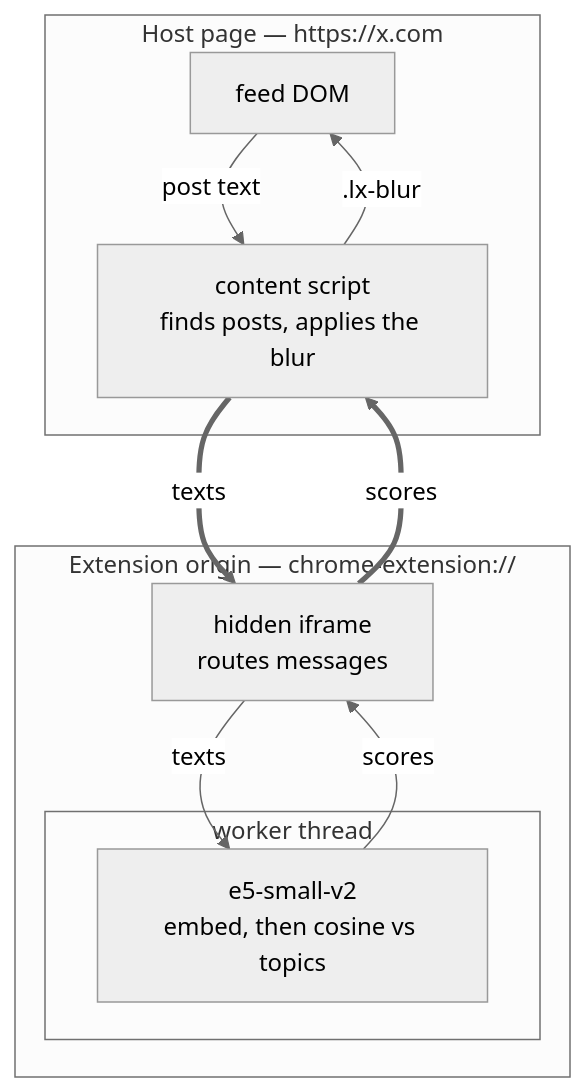
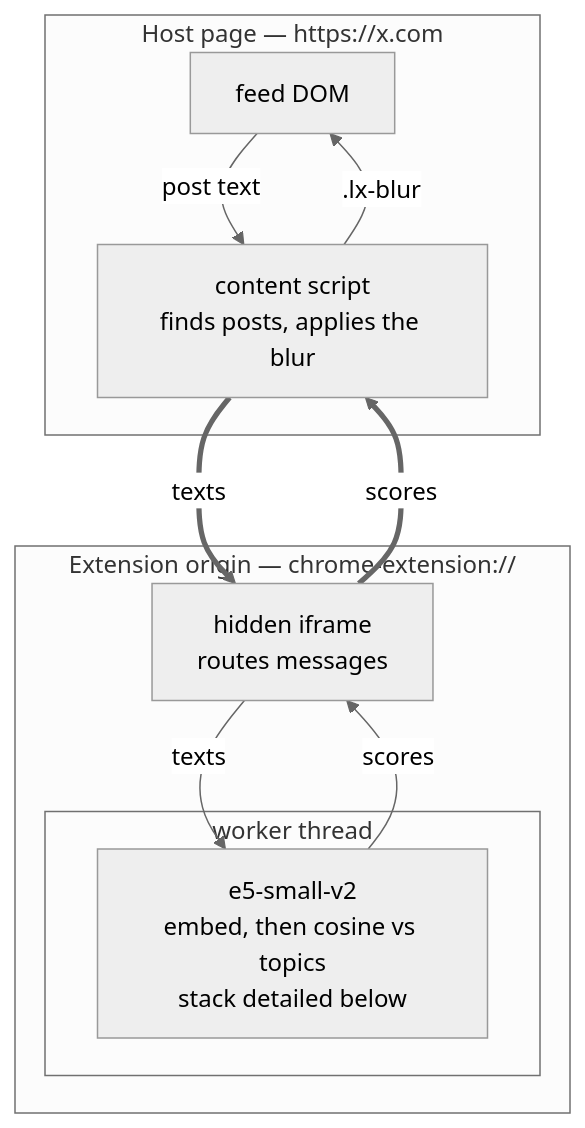
One commit to dephelion/ufeed changed the first of 2 diagrams in README.md. Above: the diagram before and after it, drawn with Mermaid (neutral theme). The commit also changed other lines of this file and 3 other files, not shown here.

````diff
--- a/README.md
+++ b/README.md
@@ -130,21 +134,21 @@
 ```mermaid
 flowchart TB
   subgraph host["Host page — https://x.com"]
     dom["feed DOM"]
     cs["content script<br/>finds posts, applies the blur"]
     dom -- "post text" --> cs
     cs -- ".lx-blur" --> dom
   end
 
   subgraph ext["Extension origin — chrome-extension://"]
     frame["hidden iframe<br/>routes messages"]
     subgraph thr["worker thread"]
-      wk["e5-small-v2<br/>embed, then cosine vs topics"]
+      wk["e5-small-v2<br/>embed, then cosine vs topics<br/>stack detailed below"]
     end
     frame -- "texts" --> wk
     wk -- "scores" --> frame
   end
 
   cs == "texts" ==> frame
   frame == "scores" ==> cs
 ```
````
